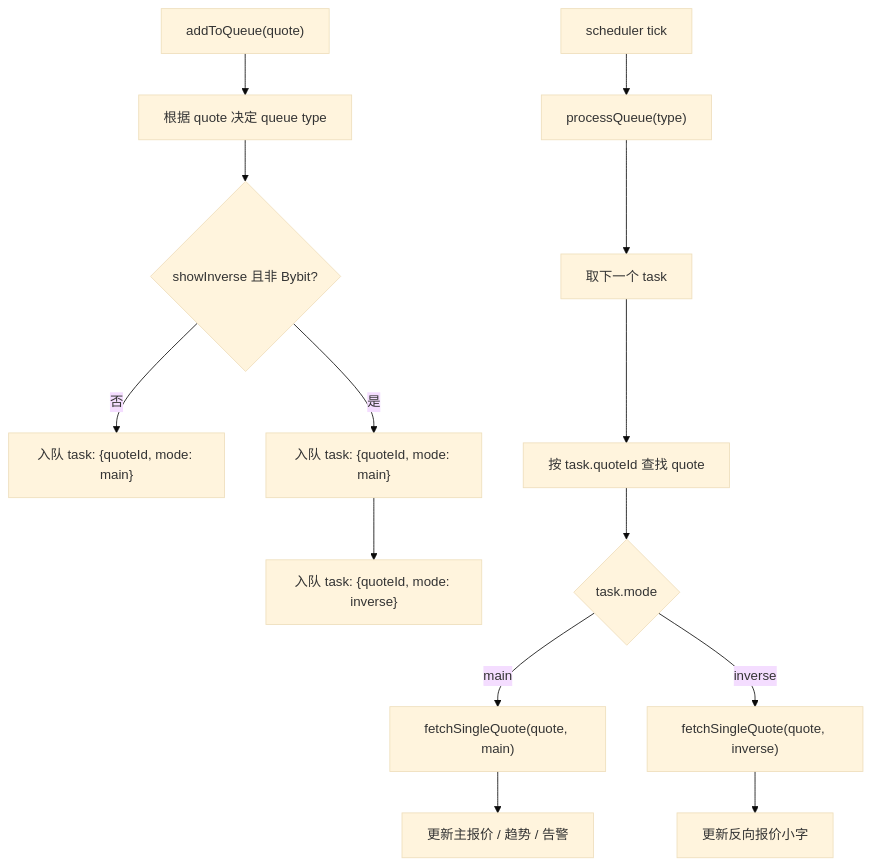
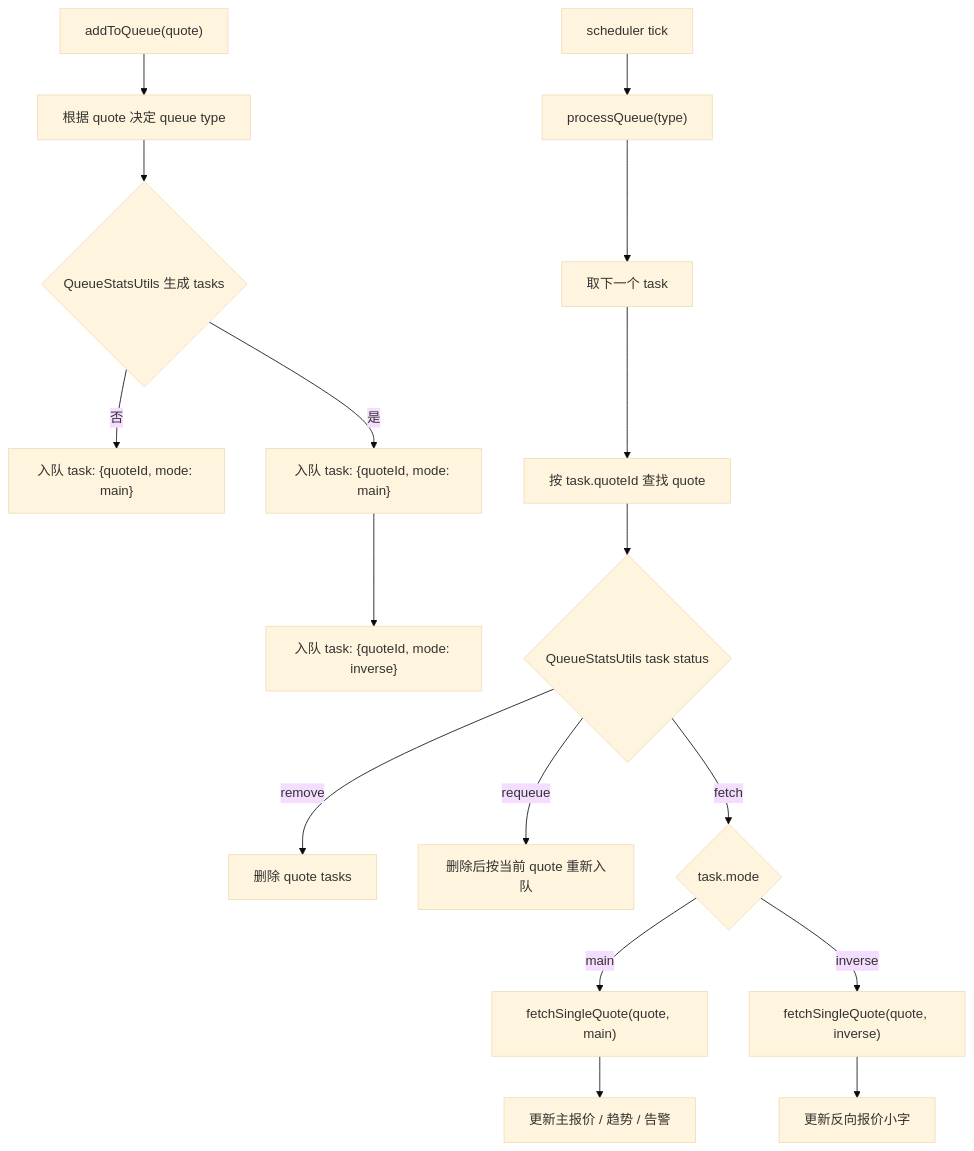
Before and after one commit to xhan/btc-arb-dashboard: the diagram in docs/queue-task-flow.md, drawn with Mermaid (base theme). The commit also changed other lines of this file, not shown here.

Commit message:
docs: document queue utility ownership

````diff
--- a/docs/queue-task-flow.md
+++ b/docs/queue-task-flow.md
@@ -147,18 +151,21 @@
 ```mermaid
 flowchart TD
   A["addToQueue(quote)"] --> B["根据 quote 决定 queue type"]
-  B --> C{"showInverse 且非 Bybit?"}
+  B --> C{"QueueStatsUtils 生成 tasks"}
   C -- "否" --> D["入队 task: {quoteId, mode: main}"]
   C -- "是" --> E["入队 task: {quoteId, mode: main}"]
   E --> F["入队 task: {quoteId, mode: inverse}"]
 
   G["scheduler tick"] --> H["processQueue(type)"]
   H --> I["取下一个 task"]
   I --> J["按 task.quoteId 查找 quote"]
-  J --> K{"task.mode"}
-  K -- "main" --> L["fetchSingleQuote(quote, main)"]
-  K -- "inverse" --> M["fetchSingleQuote(quote, inverse)"]
+  J --> K{"QueueStatsUtils task status"}
+  K -- "remove" --> P["删除 quote tasks"]
+  K -- "requeue" --> Q["删除后按当前 quote 重新入队"]
+  K -- "fetch" --> R{"task.mode"}
+  R -- "main" --> L["fetchSingleQuote(quote, main)"]
+  R -- "inverse" --> M["fetchSingleQuote(quote, inverse)"]
 
   L --> N["更新主报价 / 趋势 / 告警"]
   M --> O["更新反向报价小字"]
 ```
````
